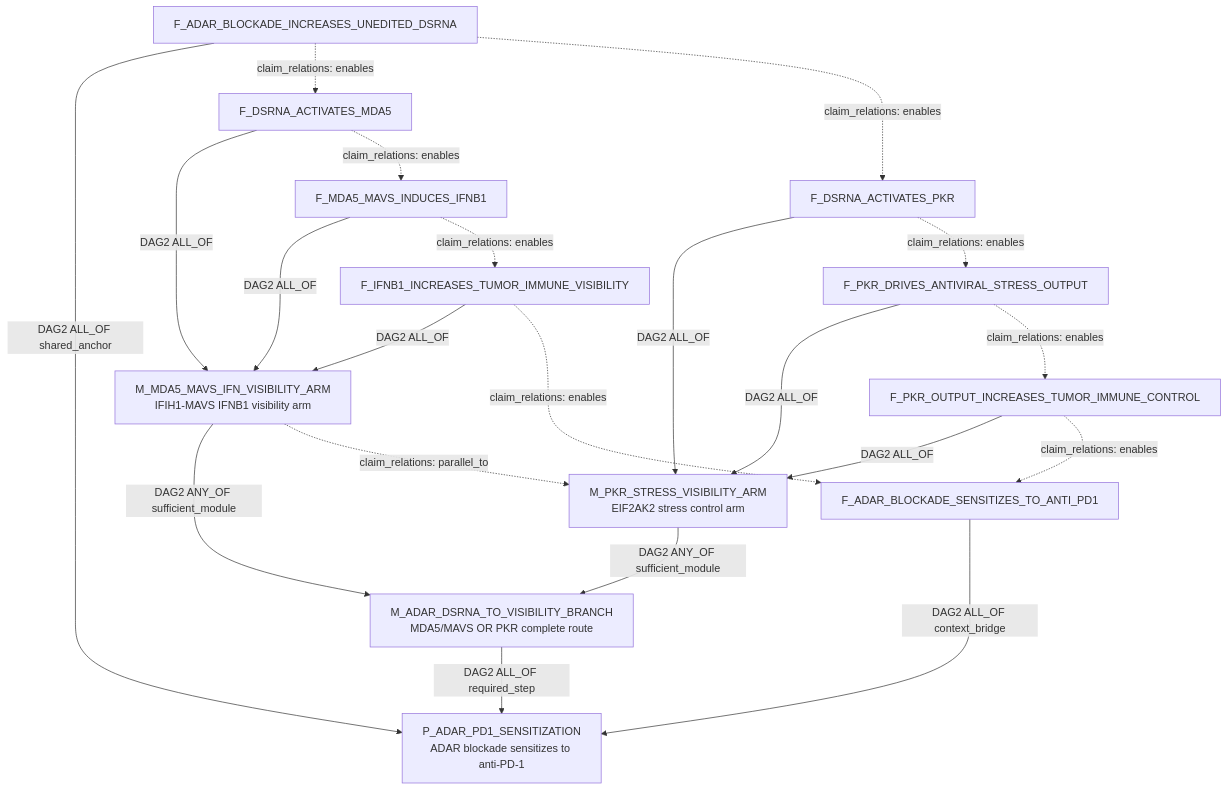
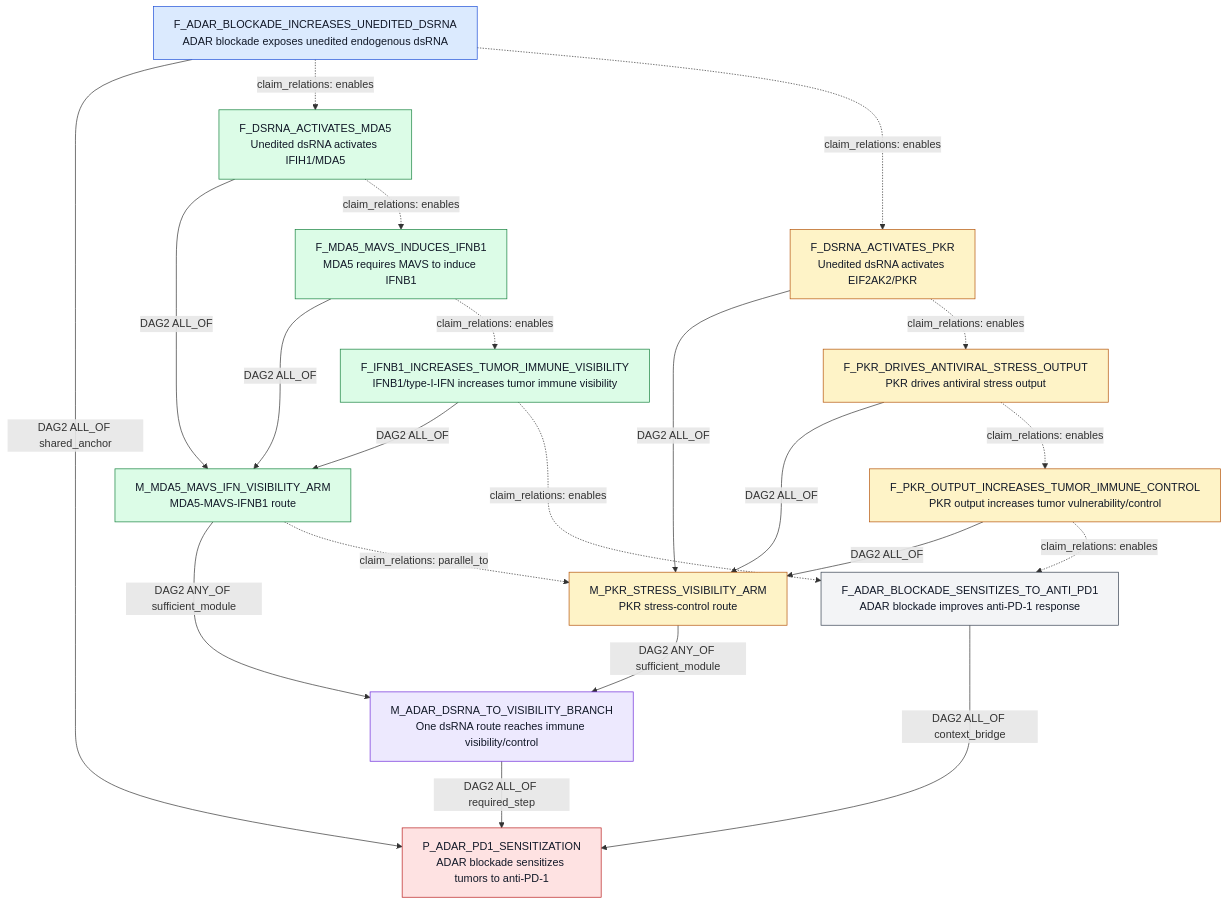
One commit to eliannaqk/bioKG changed the first of 4 diagrams in FOCUSED_DAG2_CLAIM_RELATION_EXAMPLES_20260604.md. Above: the diagram before and after it, drawn with Mermaid. The commit also changed other lines of this file, not shown here.

````diff
--- a/FOCUSED_DAG2_CLAIM_RELATION_EXAMPLES_20260604.md
+++ b/FOCUSED_DAG2_CLAIM_RELATION_EXAMPLES_20260604.md
@@ -114,37 +126,50 @@
 ```mermaid
 flowchart TD
-  P["P_ADAR_PD1_SENSITIZATION<br/>ADAR blockade sensitizes to anti-PD-1"]
-  SENSOR["M_ADAR_DSRNA_TO_VISIBILITY_BRANCH<br/>MDA5/MAVS OR PKR complete route"]
-  MDA5["M_MDA5_MAVS_IFN_VISIBILITY_ARM<br/>IFIH1-MAVS IFNB1 visibility arm"]
-  PKR["M_PKR_STRESS_VISIBILITY_ARM<br/>EIF2AK2 stress control arm"]
-  DSRNA["F_ADAR_BLOCKADE_INCREASES_UNEDITED_DSRNA"]
-  A1["F_DSRNA_ACTIVATES_MDA5"]
-  A2["F_MDA5_MAVS_INDUCES_IFNB1"]
-  A3["F_IFNB1_INCREASES_TUMOR_IMMUNE_VISIBILITY"]
-  B1["F_DSRNA_ACTIVATES_PKR"]
-  B2["F_PKR_DRIVES_ANTIVIRAL_STRESS_OUTPUT"]
-  B3["F_PKR_OUTPUT_INCREASES_TUMOR_IMMUNE_CONTROL"]
-  PD1["F_ADAR_BLOCKADE_SENSITIZES_TO_ANTI_PD1"]
+  P["P_ADAR_PD1_SENSITIZATION<br/>ADAR blockade sensitizes tumors to anti-PD-1"]
+  SENSOR["M_ADAR_DSRNA_TO_VISIBILITY_BRANCH<br/>One dsRNA route reaches immune visibility/control"]
+  MDA5["M_MDA5_MAVS_IFN_VISIBILITY_ARM<br/>MDA5-MAVS-IFNB1 route"]
+  PKR["M_PKR_STRESS_VISIBILITY_ARM<br/>PKR stress-control route"]
+  DSRNA["F_ADAR_BLOCKADE_INCREASES_UNEDITED_DSRNA<br/>ADAR blockade exposes unedited endogenous dsRNA"]
+  A1["F_DSRNA_ACTIVATES_MDA5<br/>Unedited dsRNA activates IFIH1/MDA5"]
+  A2["F_MDA5_MAVS_INDUCES_IFNB1<br/>MDA5 requires MAVS to induce IFNB1"]
+  A3["F_IFNB1_INCREASES_TUMOR_IMMUNE_VISIBILITY<br/>IFNB1/type-I-IFN increases tumor immune visibility"]
+  B1["F_DSRNA_ACTIVATES_PKR<br/>Unedited dsRNA activates EIF2AK2/PKR"]
+  B2["F_PKR_DRIVES_ANTIVIRAL_STRESS_OUTPUT<br/>PKR drives antiviral stress output"]
+  B3["F_PKR_OUTPUT_INCREASES_TUMOR_IMMUNE_CONTROL<br/>PKR output increases tumor vulnerability/control"]
+  PD1["F_ADAR_BLOCKADE_SENSITIZES_TO_ANTI_PD1<br/>ADAR blockade improves anti-PD-1 response"]
 
   DSRNA -- "DAG2 ALL_OF shared_anchor" --> P
   SENSOR -- "DAG2 ALL_OF required_step" --> P
   PD1 -- "DAG2 ALL_OF context_bridge" --> P
   MDA5 -- "DAG2 ANY_OF sufficient_module" --> SENSOR
   PKR -- "DAG2 ANY_OF sufficient_module" --> SENSOR
   A1 -- "DAG2 ALL_OF" --> MDA5
   A2 -- "DAG2 ALL_OF" --> MDA5
   A3 -- "DAG2 ALL_OF" --> MDA5
   B1 -- "DAG2 ALL_OF" --> PKR
   B2 -- "DAG2 ALL_OF" --> PKR
   B3 -- "DAG2 ALL_OF" --> PKR
 
   DSRNA -. "claim_relations: enables" .-> A1
   DSRNA -. "claim_relations: enables" .-> B1
   A1 -. "claim_relations: enables" .-> A2
   A2 -. "claim_relations: enables" .-> A3
   B1 -. "claim_relations: enables" .-> B2
   B2 -. "claim_relations: enables" .-> B3
   MDA5 -. "claim_relations: parallel_to" .-> PKR
   A3 -. "claim_relations: enables" .-> PD1
   B3 -. "claim_relations: enables" .-> PD1
+
+  classDef parent fill:#fee2e2,stroke:#b91c1c,color:#111827;
+  classDef shared fill:#dbeafe,stroke:#1d4ed8,color:#111827;
+  classDef choice fill:#ede9fe,stroke:#6d28d9,color:#111827;
+  classDef mda5 fill:#dcfce7,stroke:#15803d,color:#111827;
+  classDef pkr fill:#fef3c7,stroke:#b45309,color:#111827;
+  classDef endpoint fill:#f3f4f6,stroke:#374151,color:#111827;
+  class P parent;
+  class DSRNA shared;
+  class SENSOR choice;
+  class MDA5,A1,A2,A3 mda5;
+  class PKR,B1,B2,B3 pkr;
+  class PD1 endpoint;
 ```
````
